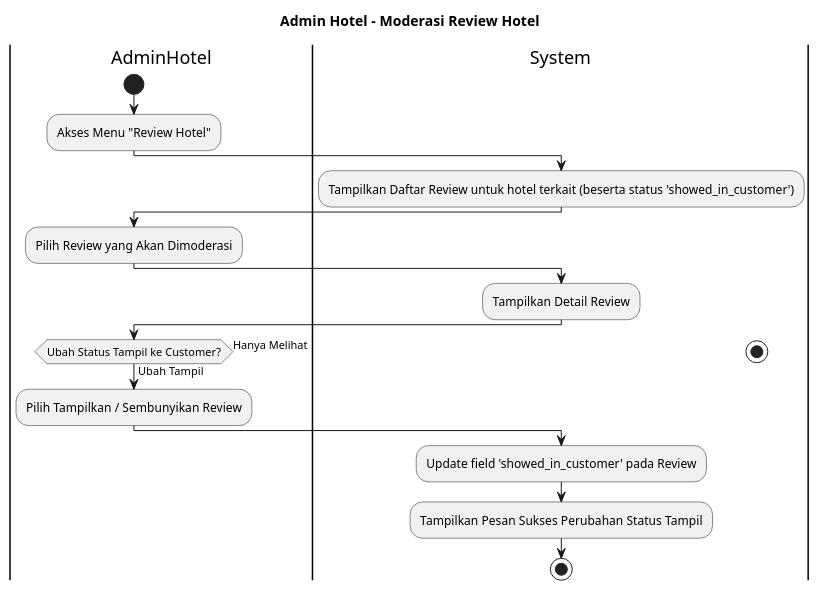
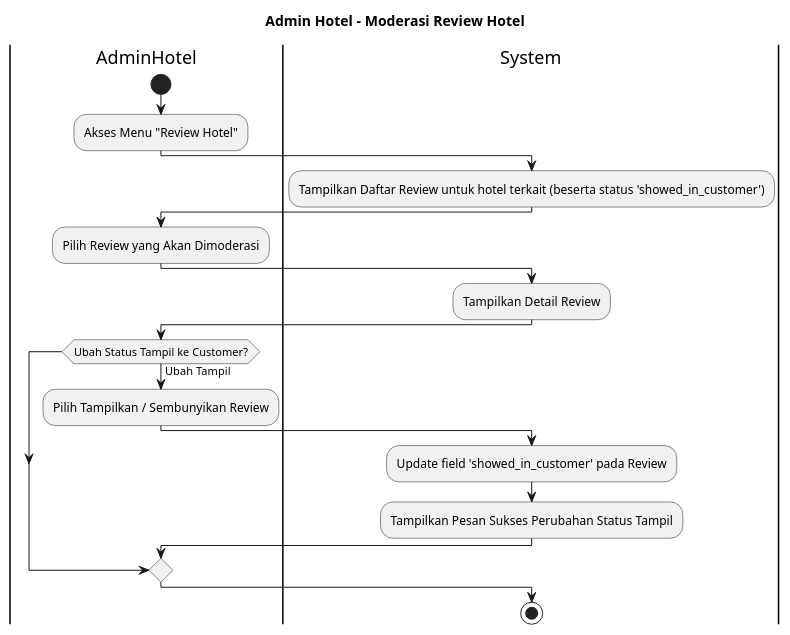
Before and after one commit to aliifam/final-project: the diagram in diagram/raw/ad/admin/review.plantuml, drawn with PlantUML. The commit also changed 75 other files, not shown here.

```diff
--- a/diagram/raw/ad/admin/review.plantuml
+++ b/diagram/raw/ad/admin/review.plantuml
@@ -1,23 +1,21 @@
 @startuml
 title Admin Hotel - Moderasi Review Hotel
 
 |AdminHotel|
 start
 :Akses Menu "Review Hotel";
 |System|
 :Tampilkan Daftar Review untuk hotel terkait (beserta status 'showed_in_customer');
 |AdminHotel|
 :Pilih Review yang Akan Dimoderasi;
 |System|
 :Tampilkan Detail Review;
 |AdminHotel|
 if (Ubah Status Tampil ke Customer?) then (Ubah Tampil)
     :Pilih Tampilkan / Sembunyikan Review;
     |System|
     :Update field 'showed_in_customer' pada Review;
     :Tampilkan Pesan Sukses Perubahan Status Tampil;
-else (Hanya Melihat)
-    stop
 endif
 stop
 @enduml
```
